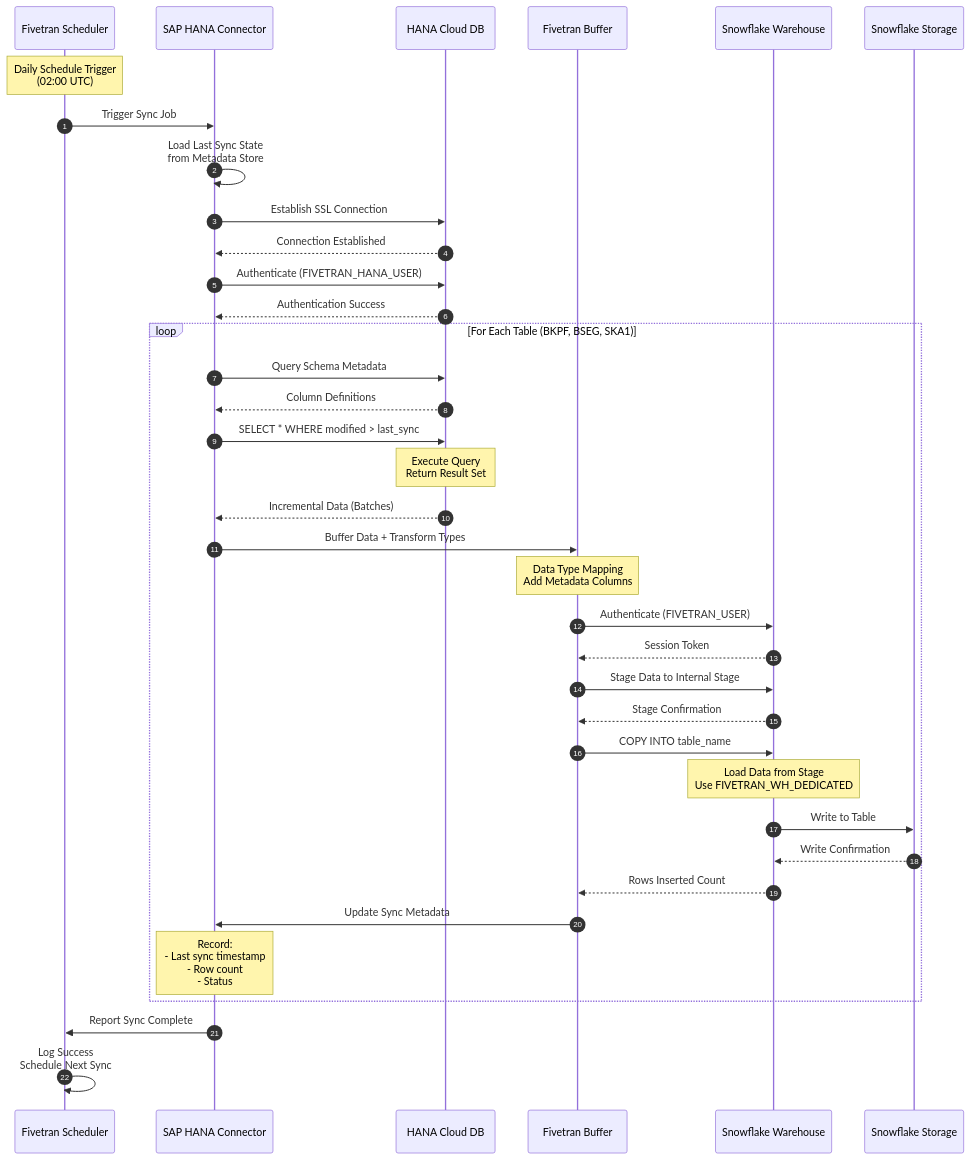
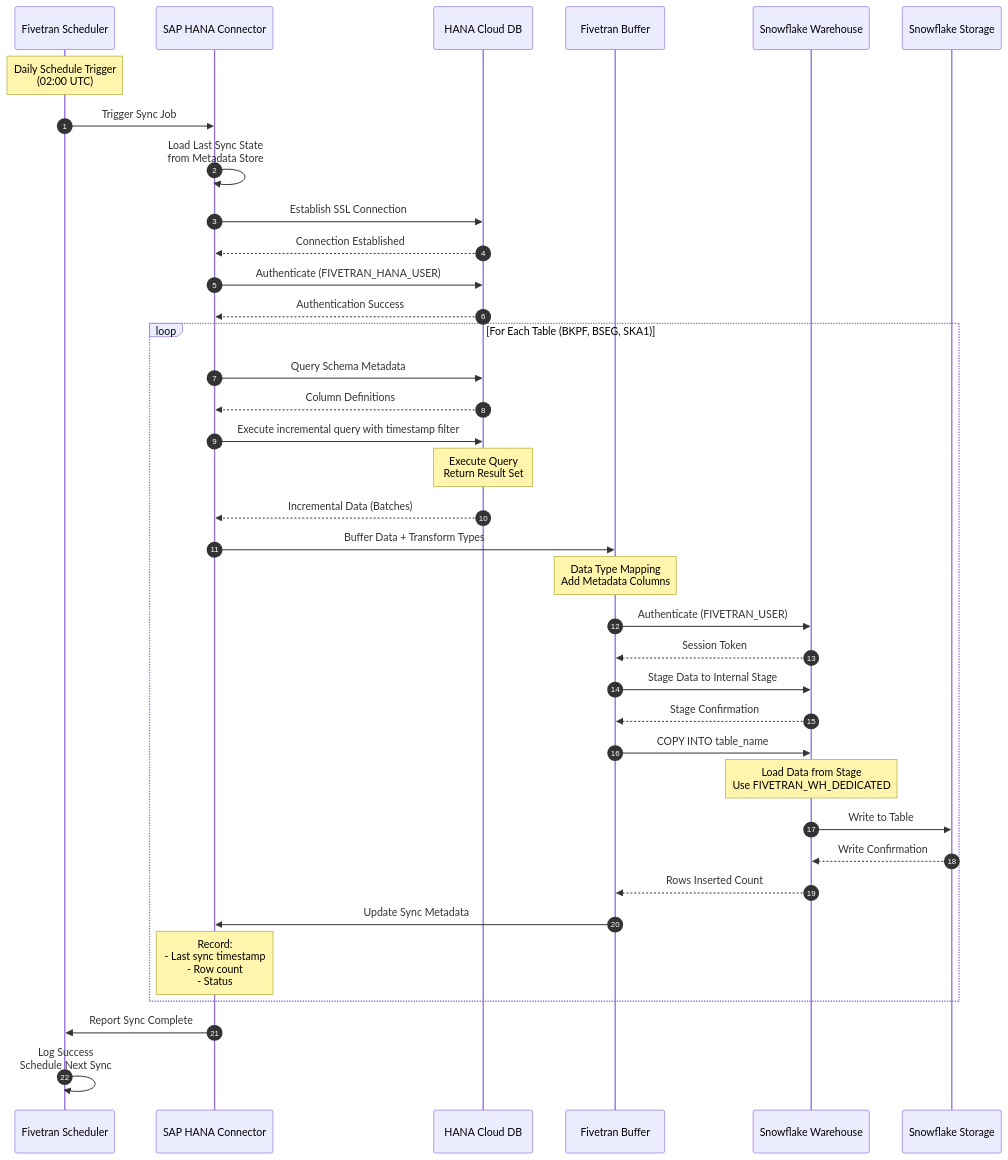
Before and after one commit to Anshuman05091997/SAP-BTP-to-Snowflake-Integration-via-Fivetran: the third of 7 diagrams in PROJECT_FLOW.md, drawn with Mermaid. The commit also changed other lines of this file and 2 other files, not shown here.

Commit message:
Update timeline to 9 months (Feb-Oct 2025) and remove code examples

````diff
--- a/PROJECT_FLOW.md
+++ b/PROJECT_FLOW.md
@@ -384,51 +384,51 @@
 ```mermaid
 sequenceDiagram
     autonumber
     participant SCH as Fivetran Scheduler
     participant CONN as SAP HANA Connector
     participant HANA as HANA Cloud DB
     participant BUF as Fivetran Buffer
     participant SNOW as Snowflake Warehouse
     participant STOR as Snowflake Storage
     
     Note over SCH: Daily Schedule Trigger<br/>(02:00 UTC)
     
     SCH->>CONN: Trigger Sync Job
     CONN->>CONN: Load Last Sync State<br/>from Metadata Store
     
     CONN->>HANA: Establish SSL Connection
     HANA-->>CONN: Connection Established
     
     CONN->>HANA: Authenticate (FIVETRAN_HANA_USER)
     HANA-->>CONN: Authentication Success
     
     loop For Each Table (BKPF, BSEG, SKA1)
         CONN->>HANA: Query Schema Metadata
         HANA-->>CONN: Column Definitions
         
-        CONN->>HANA: SELECT * WHERE modified > last_sync
+        CONN->>HANA: Execute incremental query with timestamp filter
         Note over HANA: Execute Query<br/>Return Result Set
         HANA-->>CONN: Incremental Data (Batches)
         
         CONN->>BUF: Buffer Data + Transform Types
         Note over BUF: Data Type Mapping<br/>Add Metadata Columns
         
         BUF->>SNOW: Authenticate (FIVETRAN_USER)
         SNOW-->>BUF: Session Token
         
         BUF->>SNOW: Stage Data to Internal Stage
         SNOW-->>BUF: Stage Confirmation
         
         BUF->>SNOW: COPY INTO table_name
         Note over SNOW: Load Data from Stage<br/>Use FIVETRAN_WH_DEDICATED
         SNOW->>STOR: Write to Table
         STOR-->>SNOW: Write Confirmation
         SNOW-->>BUF: Rows Inserted Count
         
         BUF->>CONN: Update Sync Metadata
         Note over CONN: Record:<br/>- Last sync timestamp<br/>- Row count<br/>- Status
     end
     
     CONN->>SCH: Report Sync Complete
     SCH->>SCH: Log Success<br/>Schedule Next Sync
 ```
````
